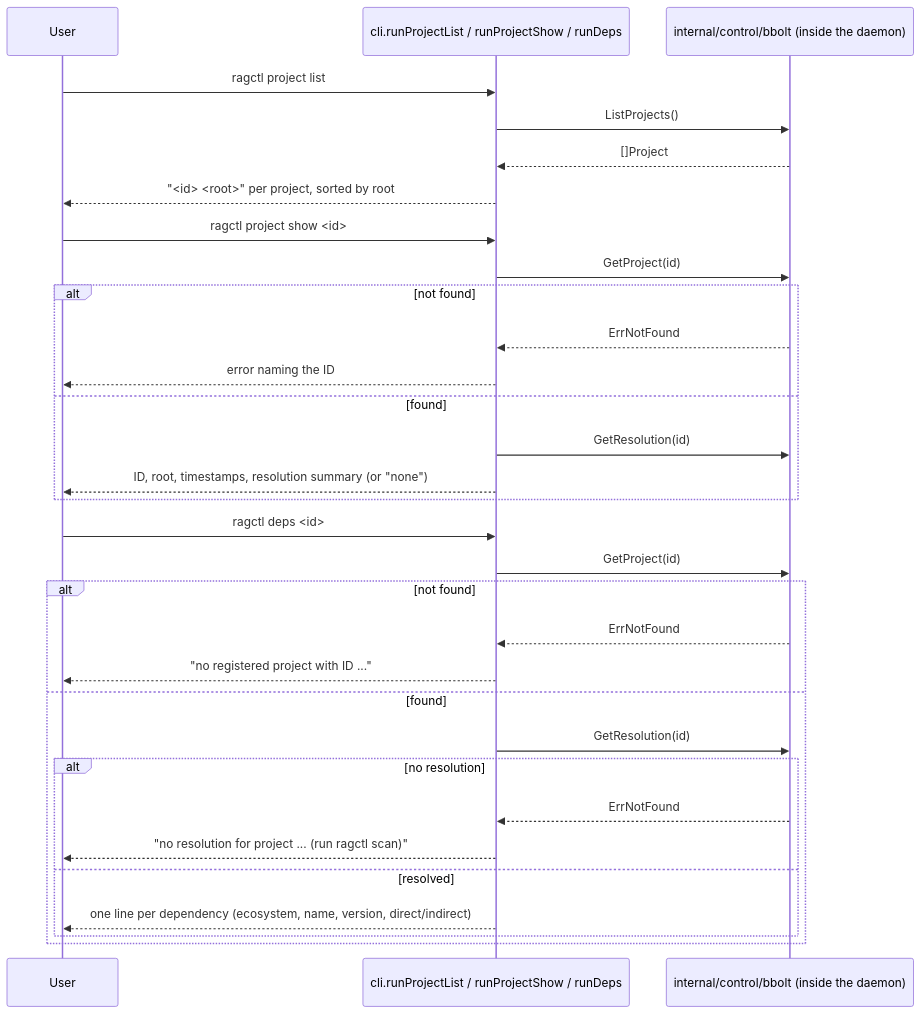
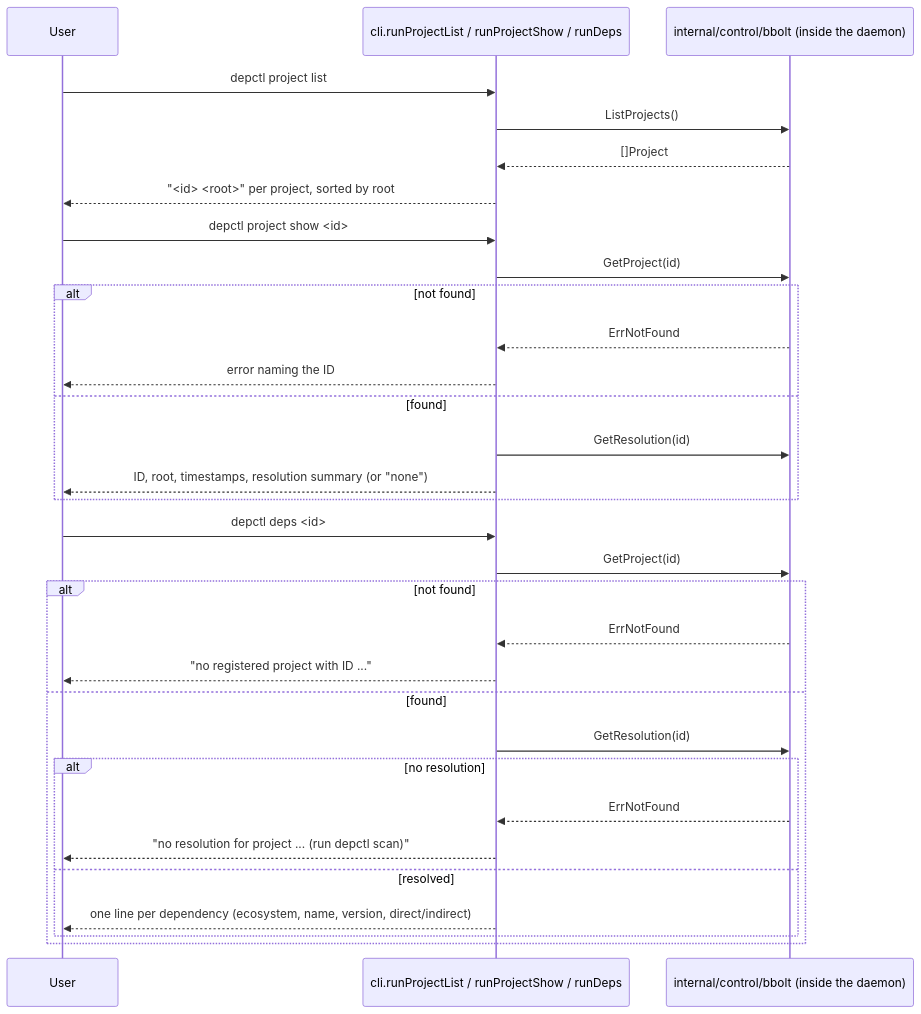
Before and after one commit to aleutian-ai/depctl: the sixth of 16 diagrams in docs/architecture.md, drawn with Mermaid. The commit also changed other lines of this file and 588 other files, not shown here.

Commit message:
Rename ragctl to depctl: binary, module github.com/aleutian-ai/depctl, paths, env vars, metrics, MCP name, docs

````diff
--- a/docs/architecture.md
+++ b/docs/architecture.md
@@ -277,36 +277,36 @@
 ```mermaid
 sequenceDiagram
     participant User
     participant CLI as cli.runProjectList / runProjectShow / runDeps
     participant Store as internal/control/bbolt (inside the daemon)
 
-    User->>CLI: ragctl project list
+    User->>CLI: depctl project list
     CLI->>Store: ListProjects()
     Store-->>CLI: []Project
     CLI-->>User: "<id> <root>" per project, sorted by root
 
-    User->>CLI: ragctl project show <id>
+    User->>CLI: depctl project show <id>
     CLI->>Store: GetProject(id)
     alt not found
         Store-->>CLI: ErrNotFound
         CLI-->>User: error naming the ID
     else found
         CLI->>Store: GetResolution(id)
         CLI-->>User: ID, root, timestamps, resolution summary (or "none")
     end
 
-    User->>CLI: ragctl deps <id>
+    User->>CLI: depctl deps <id>
     CLI->>Store: GetProject(id)
     alt not found
         Store-->>CLI: ErrNotFound
         CLI-->>User: "no registered project with ID ..."
     else found
         CLI->>Store: GetResolution(id)
         alt no resolution
             Store-->>CLI: ErrNotFound
-            CLI-->>User: "no resolution for project ... (run ragctl scan)"
+            CLI-->>User: "no resolution for project ... (run depctl scan)"
         else resolved
             CLI-->>User: one line per dependency (ecosystem, name, version, direct/indirect)
         end
     end
 ```
````
